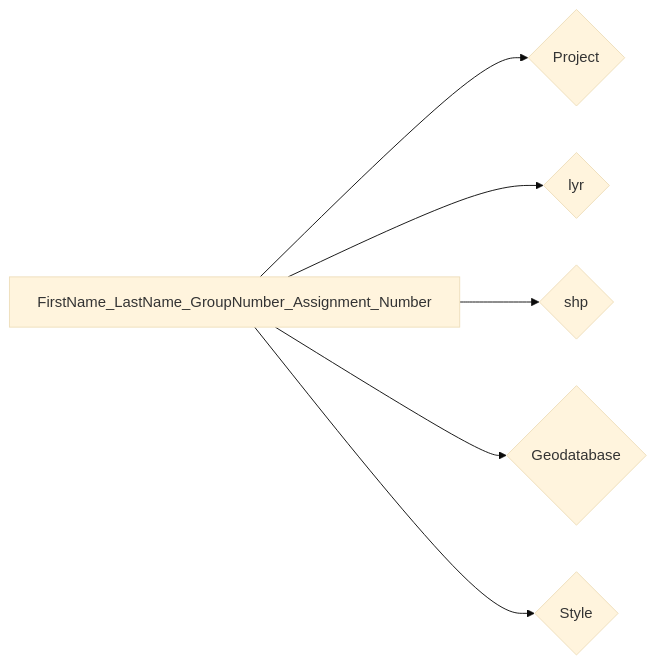
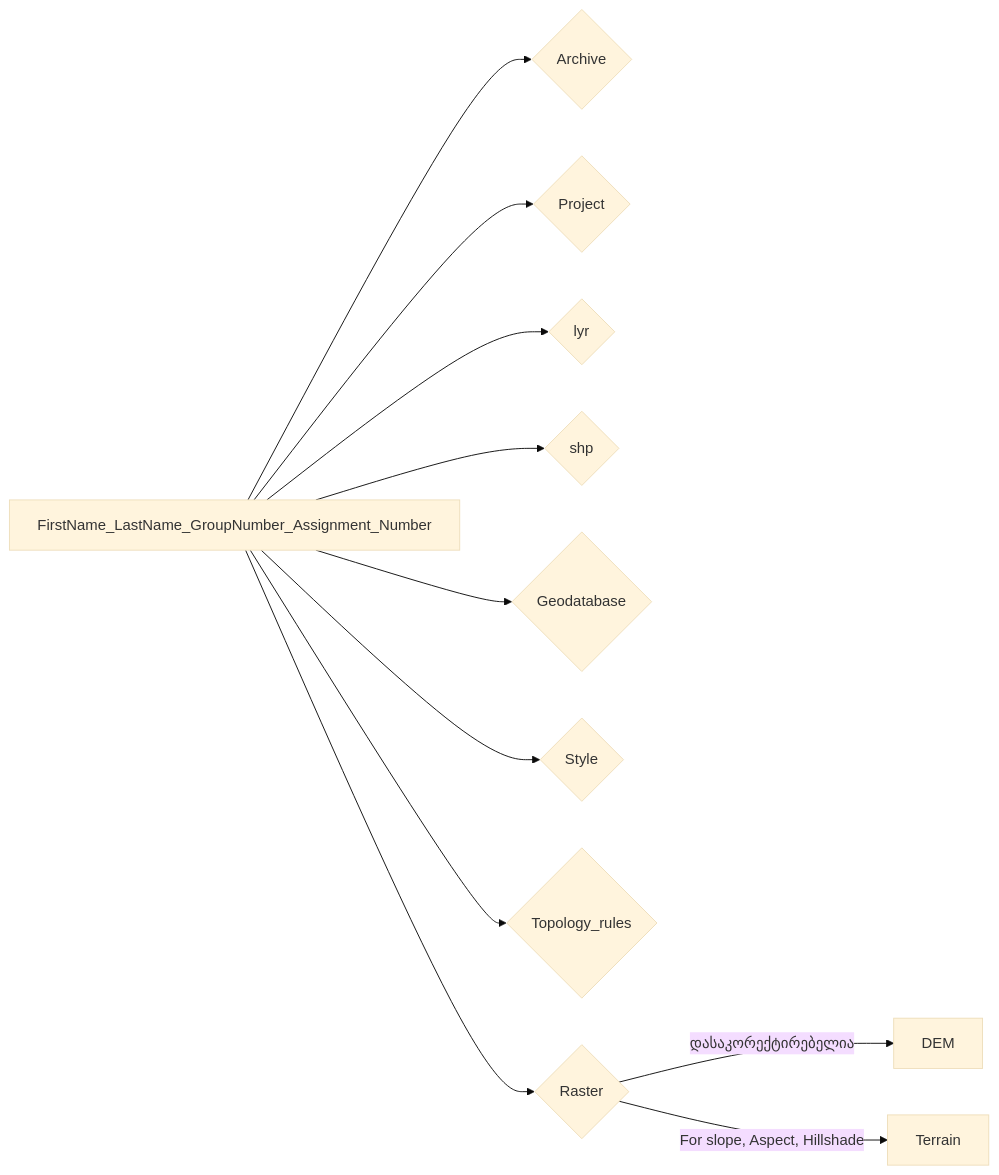
Before and after one commit to ezdanapak/GTU-GIS: the diagram in docs/ICS_GIS/Lab/Geodatabase.md, drawn with Mermaid (base theme). The commit also changed other lines of this file and 1 other file, not shown here.

Commit message:
Initial commit with MkDocs site

````diff
--- a/docs/ICS_GIS/Lab/Geodatabase.md
+++ b/docs/ICS_GIS/Lab/Geodatabase.md
@@ -60,8 +60,13 @@
 ``` mermaid
 graph LR
-  A[FirstName_LastName_GroupNumber_Assignment_Number] --> B{Project};
-  A[FirstName_LastName_GroupNumber_Assignment_Number] --> C{lyr};
-  A[FirstName_LastName_GroupNumber_Assignment_Number] --> D{shp};
-  A[FirstName_LastName_GroupNumber_Assignment_Number] --> E{Geodatabase};
-  A[FirstName_LastName_GroupNumber_Assignment_Number] --> F{Style};
+  A[FirstName_LastName_GroupNumber_Assignment_Number] --> B{Archive};
+  A[FirstName_LastName_GroupNumber_Assignment_Number] --> C{Project};
+  A[FirstName_LastName_GroupNumber_Assignment_Number] --> D{lyr};
+  A[FirstName_LastName_GroupNumber_Assignment_Number] --> E{shp};
+  A[FirstName_LastName_GroupNumber_Assignment_Number] --> F{Geodatabase};
+  A[FirstName_LastName_GroupNumber_Assignment_Number] --> G{Style};
+  A[FirstName_LastName_GroupNumber_Assignment_Number] --> H{Topology_rules};
+  A[FirstName_LastName_GroupNumber_Assignment_Number] --> I{Raster};
+  I -->|დასაკორექტირებელია| J[DEM];
+  I -->|For slope, Aspect, Hillshade| K[Terrain];
 ```
````
